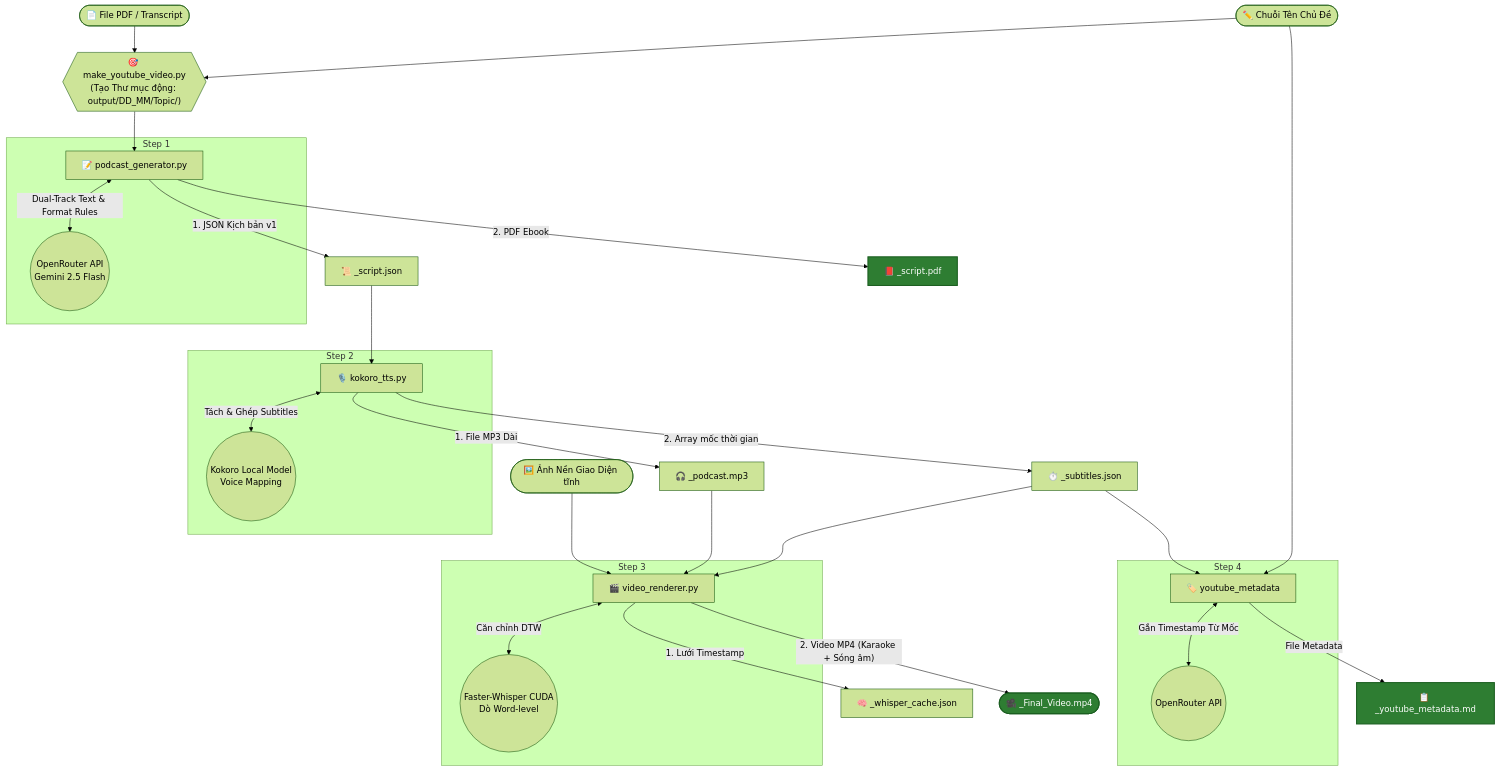
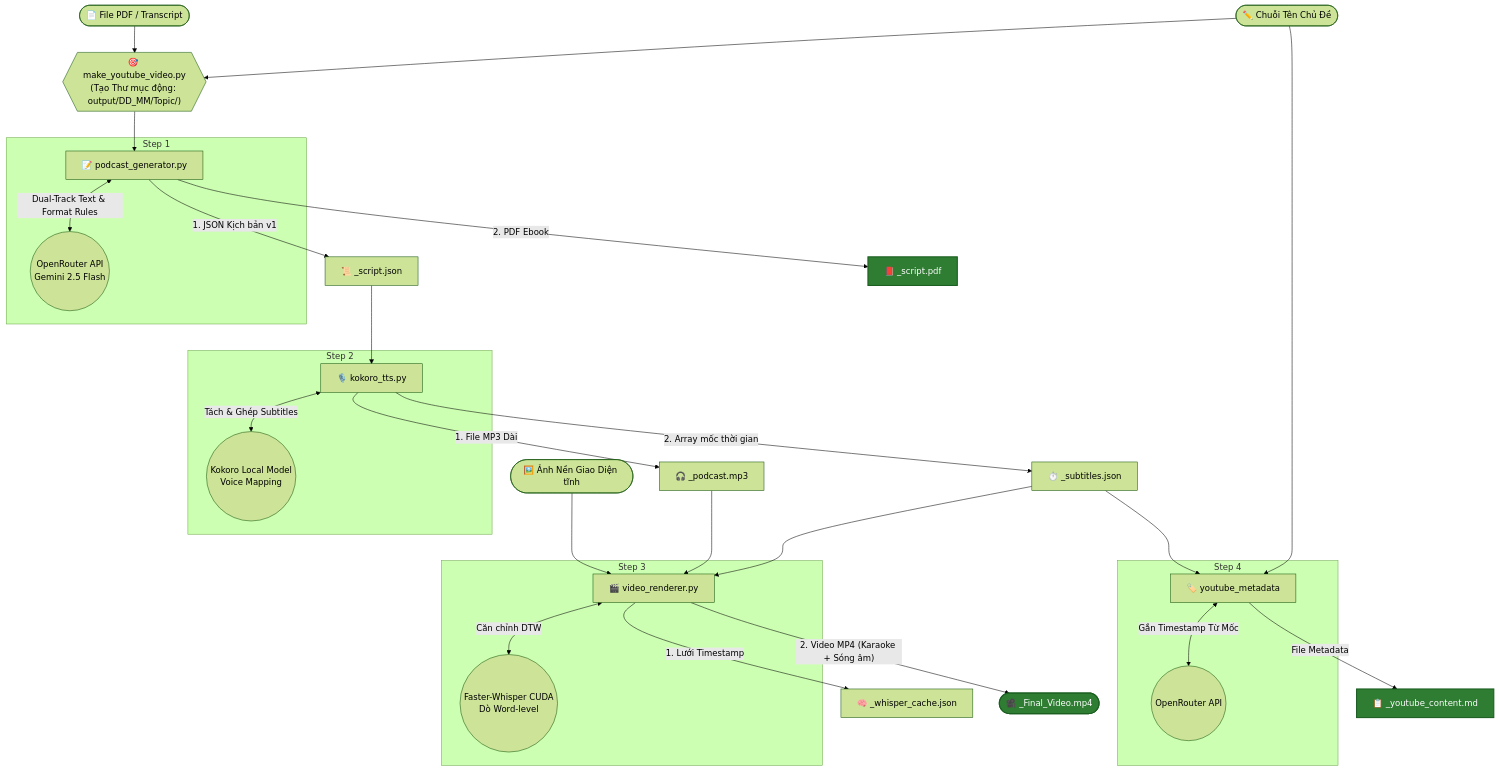
One commit to NADUNGVN/Personal_project changed the diagram in make_video_with_image/ARCHITECTURE_OVERVIEW.md. Above: the diagram before and after it, drawn with Mermaid (forest theme). The commit also changed other lines of this file and 231 other files, not shown here.

````diff
--- a/make_video_with_image/ARCHITECTURE_OVERVIEW.md
+++ b/make_video_with_image/ARCHITECTURE_OVERVIEW.md
@@ -8,64 +8,64 @@
 ```mermaid
 flowchart TD
     %% Inputs
     in_pdf(["📄 File PDF / Transcript"])
     in_topic(["✏️ Chuỗi Tên Chủ Đề"])
     in_image(["🖼️ Ảnh Nền Giao Diện tĩnh"])
     
     %% Orchestrator
     controller{{"🎯 make_youtube_video.py<br>(Tạo Thư mục động: output/DD_MM/Topic/)"}}
     
     in_pdf & in_topic --> controller
     
     %% Step 1: LLM 
     subgraph Step 1
         llm["📝 podcast_generator.py"]
         api(("OpenRouter API<br>Gemini 2.5 Flash"))
         
         llm <-->|"Dual-Track Text & Format Rules"| api
     end
     
     controller --> llm
     llm -->|"1. JSON Kịch bản v1"| out_json["📜 _script.json"]
     llm -->|"2. PDF Ebook"| out_pdf["📕 _script.pdf"]
     
     %% Step 2: TTS
     subgraph Step 2
         tts["🎙️ kokoro_tts.py"]
         kokoro(("Kokoro Local Model<br>Voice Mapping"))
         
         tts <-->|"Tách & Ghép Subtitles"| kokoro
     end
     
     out_json --> tts
     tts -->|"1. File MP3 Dài"| out_mp3["🎧 _podcast.mp3"]
     tts -->|"2. Array mốc thời gian"| out_subs["⏱️ _subtitles.json"]
     
     %% Step 3: Video
     subgraph Step 3
         vid["🎬 video_renderer.py"]
         whisper(("Faster-Whisper CUDA<br>Dò Word-level"))
         
         vid <-->|"Căn chỉnh DTW"| whisper
     end
     
     out_mp3 & out_subs & in_image --> vid
     vid -->|"1. Lưới Timestamp"| out_cache["🧠 _whisper_cache.json"]
     vid -->|"2. Video MP4 (Karaoke + Sóng âm)"| out_video(["🎥 _Final_Video.mp4"])
     
     %% Step 4: Metadata
     subgraph Step 4
         seo["🏷️ youtube_metadata"]
         api2(("OpenRouter API"))
         
         seo <-->|"Gắn Timestamp Từ Mốc"| api2
     end
     
     out_subs --> seo
     in_topic --> seo
-    seo -->|"File Metadata"| out_seo["📋 _youtube_metadata.md"]
+    seo -->|"File Metadata"| out_seo["📋 _youtube_content.md"]
     
     %% Styles
     classDef output fill:#2e7d32,stroke:#1b5e20,stroke-width:2px,color:white;
     class out_video,out_seo,out_pdf output;
 ```
````
